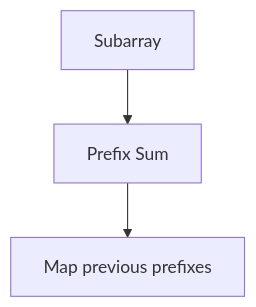
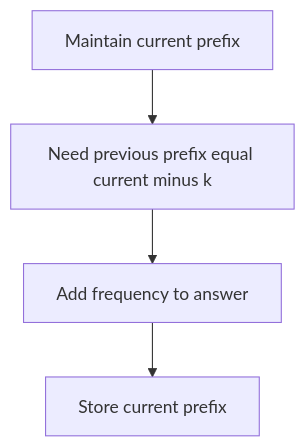
Before and after one commit to mthaiseer/springcloud-systemdesign-notes: the eighth of 11 diagrams in CP_DSA_NOTES/CONCEPT_FRAMEWORK_FORMS_TATICS/002_PREFIX_CFFT.md, drawn with Mermaid. The commit also changed other lines of this file and 1 other file, not shown here.

````diff
--- a/CP_DSA_NOTES/CONCEPT_FRAMEWORK_FORMS_TATICS/002_PREFIX_CFFT.md
+++ b/CP_DSA_NOTES/CONCEPT_FRAMEWORK_FORMS_TATICS/002_PREFIX_CFFT.md
@@ -157,5 +321,6 @@
 ```mermaid
 flowchart TD
-    A[Subarray] --> B[Prefix Sum]
-    B --> C[Map previous prefixes]
+    A["Maintain current prefix"] --> B["Need previous prefix equal current minus k"]
+    B --> C["Add frequency to answer"]
+    C --> D["Store current prefix"]
 ```
````
